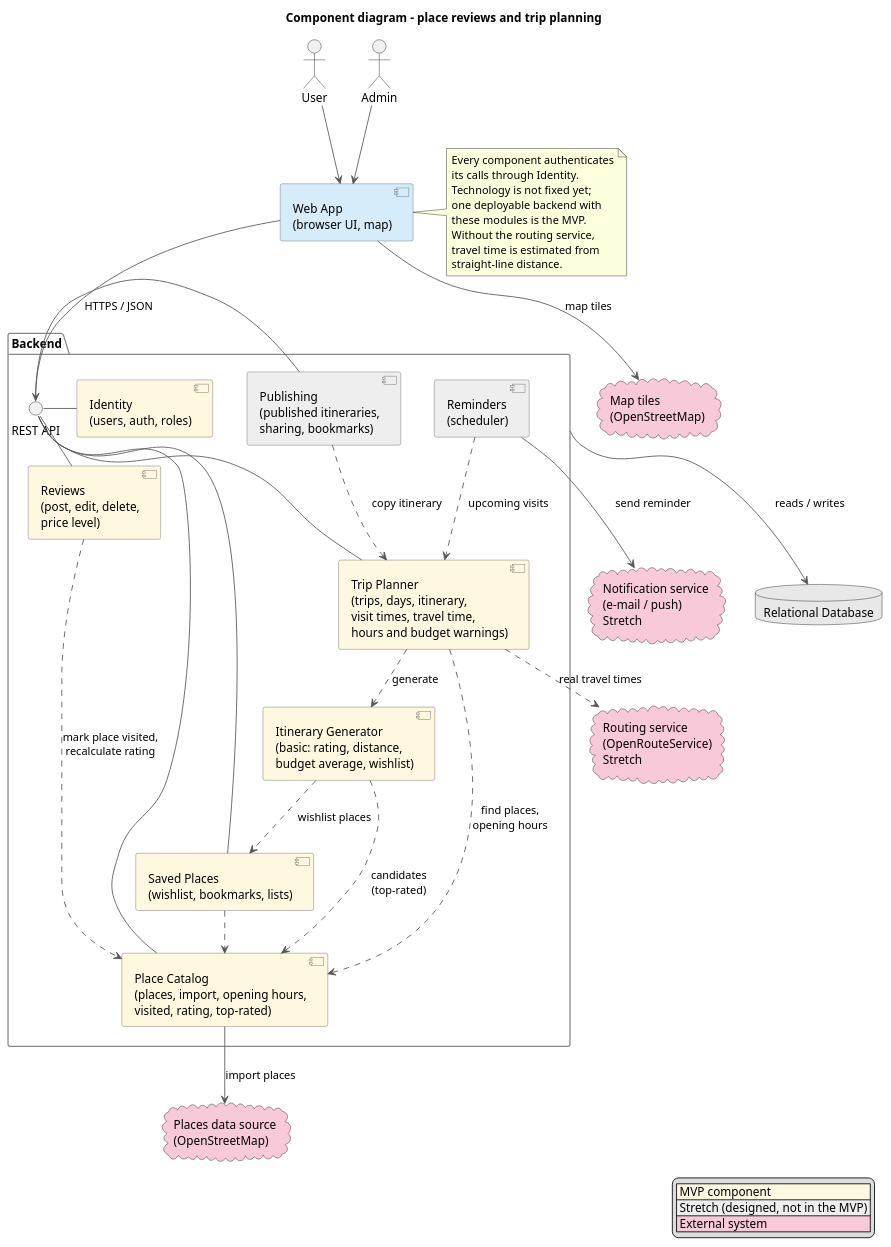
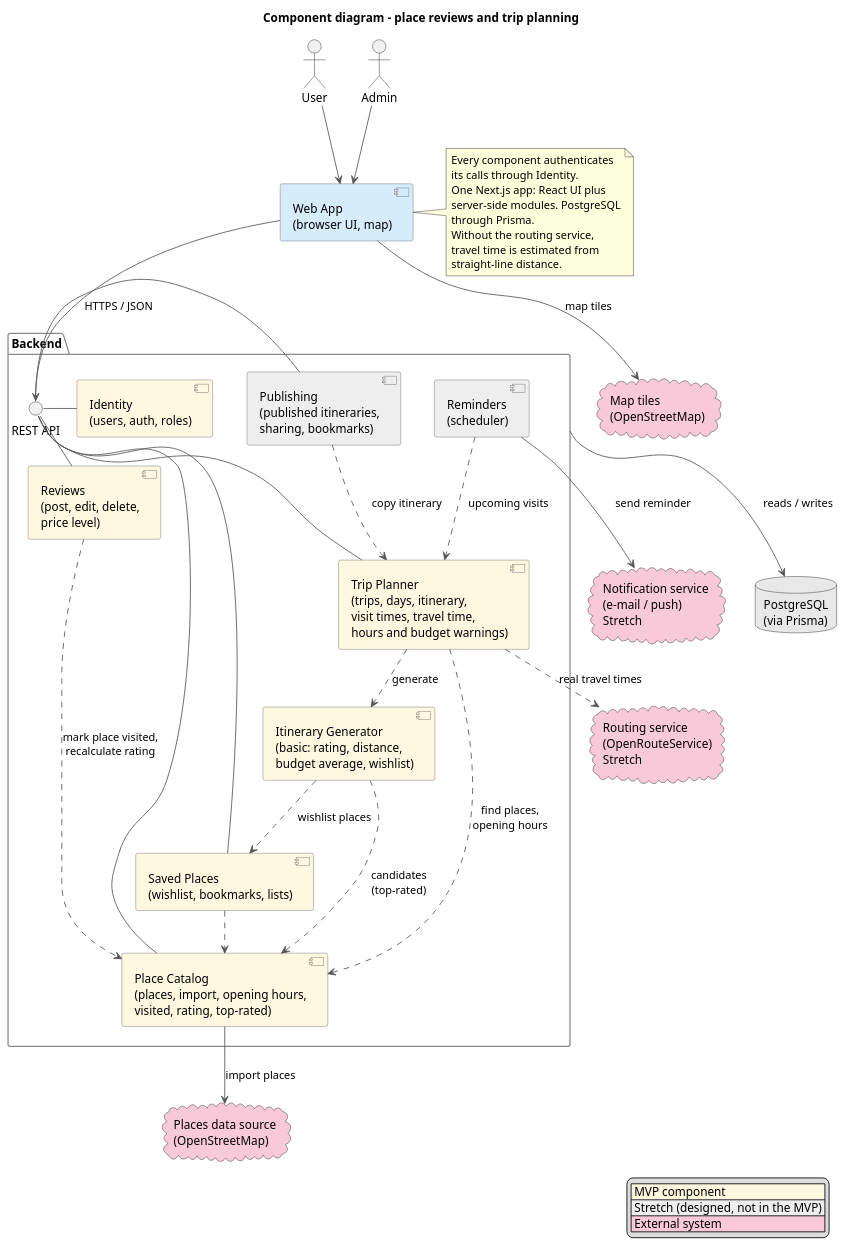
Before and after one commit to MESW-LES-2627/les-project-group-7: the diagram in docs/design/component-diagram.puml, drawn with PlantUML. The commit also changed 3 other files, not shown here.

```diff
--- a/docs/design/component-diagram.puml
+++ b/docs/design/component-diagram.puml
@@ -1,83 +1,83 @@
 @startuml component-diagram
 title Component diagram – place reviews and trip planning
 skinparam shadowing false
 skinparam componentStyle uml2
 skinparam nodesep 40
 skinparam ranksep 50
 skinparam ArrowColor #555555
 skinparam component {
   BackgroundColor #FFF8E1
   BorderColor #666666
 }
 skinparam package {
   BorderColor #888888
 }
 
 legend right
   |<#FFF8E1> MVP component |
   |<#EEEEEE> Stretch (designed, not in the MVP) |
   |<#F8C9D8> External system |
 endlegend
 
 actor "User" as user
 actor "Admin" as admin
 
 component "Web App\n(browser UI, map)" as web #D6ECFA
 
 package "Backend" as backend {
   interface "REST API" as api
 
   component "Identity\n(users, auth, roles)" as identity
   component "Place Catalog\n(places, import, opening hours,\nvisited, rating, top-rated)" as catalog
   component "Reviews\n(post, edit, delete,\nprice level)" as reviews
   component "Saved Places\n(wishlist, bookmarks, lists)" as saved
   component "Trip Planner\n(trips, days, itinerary,\nvisit times, travel time,\nhours and budget warnings)" as planner
   component "Itinerary Generator\n(basic: rating, distance,\nbudget average, wishlist)" as generator
   component "Publishing\n(published itineraries,\nsharing, bookmarks)" as publishing #EEEEEE
   component "Reminders\n(scheduler)" as reminders #EEEEEE
 }
 
-database "Relational Database" as db #E8E8E8
+database "PostgreSQL\n(via Prisma)" as db #E8E8E8
 
 cloud "Places data source\n(OpenStreetMap)" as places #F8C9D8
 cloud "Map tiles\n(OpenStreetMap)" as tiles #F8C9D8
 cloud "Routing service\n(OpenRouteService)\nStretch" as routing #F8C9D8
 cloud "Notification service\n(e-mail / push)\nStretch" as notif #F8C9D8
 
 user --> web
 admin --> web
 web --> api : HTTPS / JSON
 web --> tiles : map tiles
 api - identity
 api - catalog
 api - reviews
 api - saved
 api - planner
 api - publishing
 
 reviews ..> catalog : mark place visited,\nrecalculate rating
 saved ..> catalog
 planner ..> catalog : find places,\nopening hours
 planner ..> generator : generate
 generator ..> catalog : candidates\n(top-rated)
 generator ..> saved : wishlist places
 publishing ..> planner : copy itinerary
 reminders ..> planner : upcoming visits
 
 catalog --> places : import places
 planner ..> routing : real travel times
 reminders --> notif : send reminder
 
 backend --> db : reads / writes
 
 note right of web
   Every component authenticates
   its calls through Identity.
-  Technology is not fixed yet;
-  one deployable backend with
-  these modules is the MVP.
+  One Next.js app: React UI plus
+  server-side modules. PostgreSQL
+  through Prisma.
   Without the routing service,
   travel time is estimated from
   straight-line distance.
 end note
 @enduml
```
